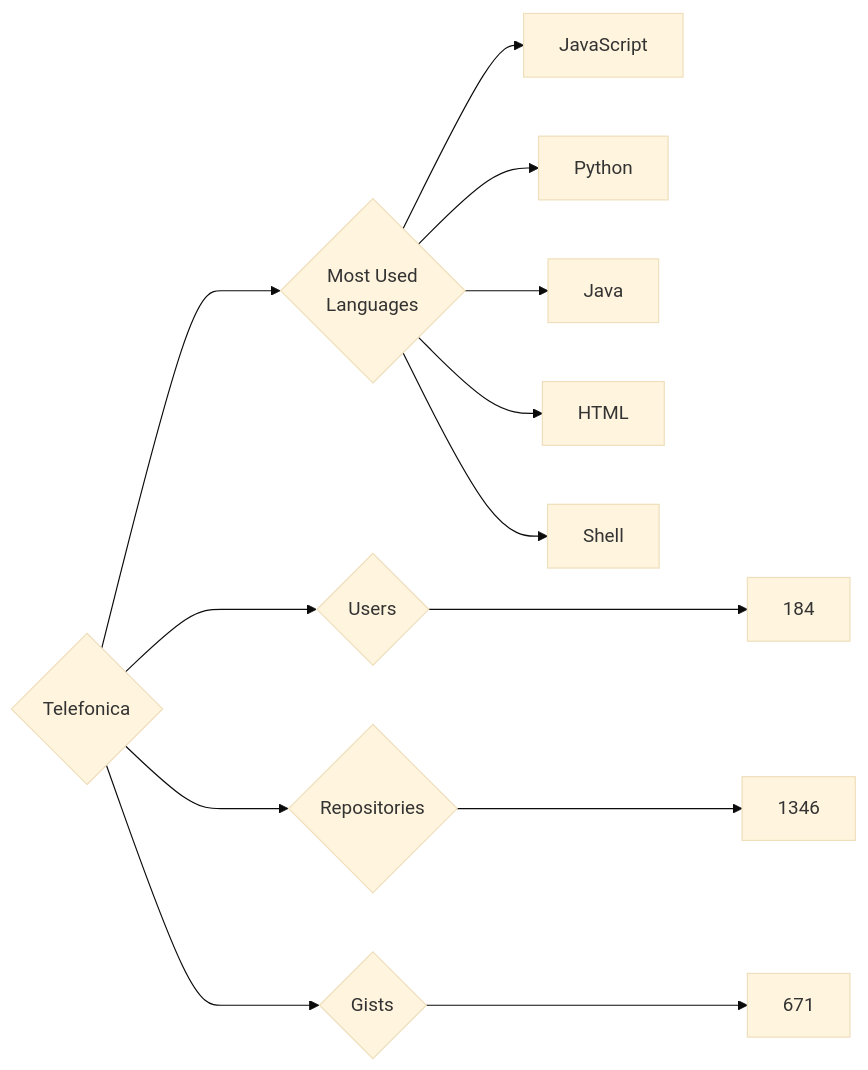
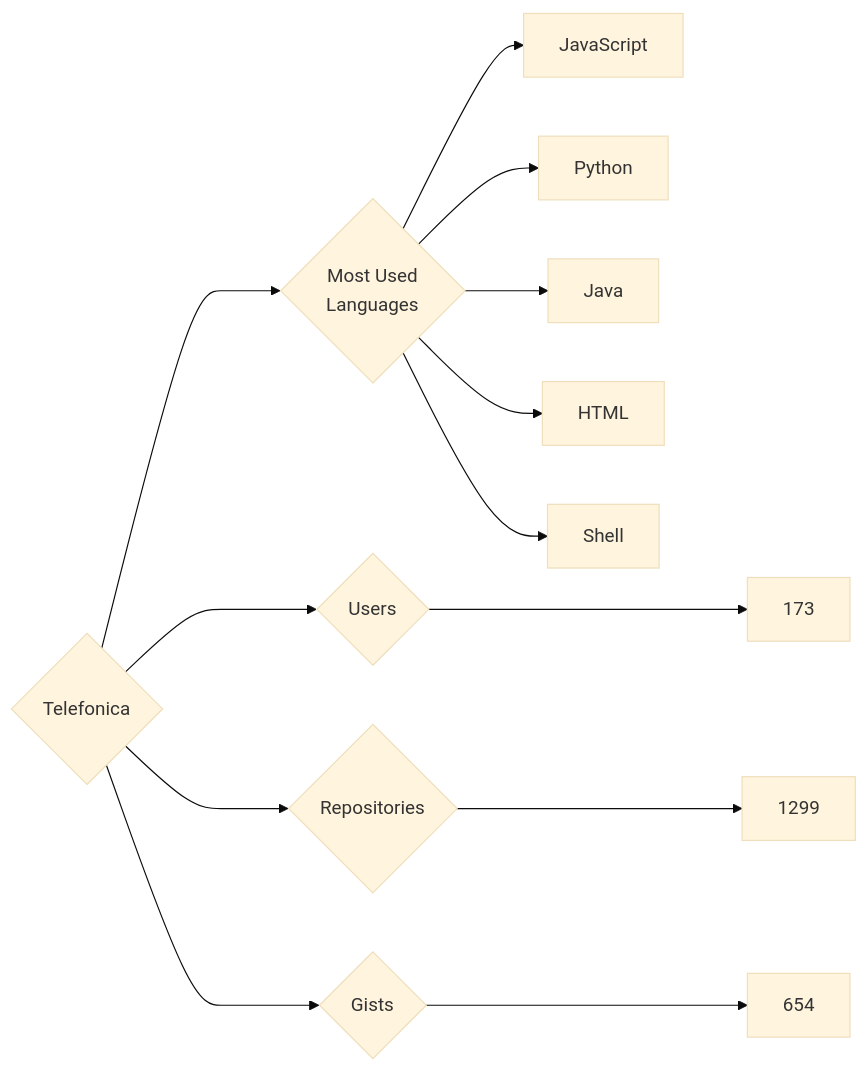
Before and after one commit to trickest/insiders: the diagram in targets/Telefonica/README.md, drawn with Mermaid (base theme). The commit also changed 964 other files, not shown here.

````diff
--- a/targets/Telefonica/README.md
+++ b/targets/Telefonica/README.md
@@ -3,13 +3,13 @@
 ```mermaid
 graph LR
 COMPANY_NAME{Telefonica}
-COMPANY_NAME ---> U{Users} ---> UN[184]
-COMPANY_NAME ---> R{Repositories} ---> RN[1346]
-COMPANY_NAME ---> G{Gists} ---> GN[671]
+COMPANY_NAME ---> U{Users} ---> UN[173]
+COMPANY_NAME ---> R{Repositories} ---> RN[1299]
+COMPANY_NAME ---> G{Gists} ---> GN[654]
 COMPANY_NAME ---> ML{Most Used<br>Languages}
 ML --> JavaScript[JavaScript]
 ML --> Python[Python]
 ML --> Java[Java]
 ML --> HTML[HTML]
 ML --> Shell[Shell]
 ```
````
